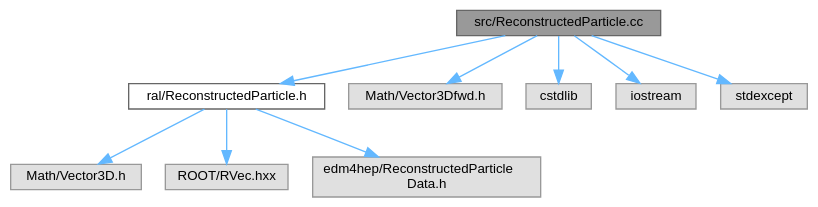
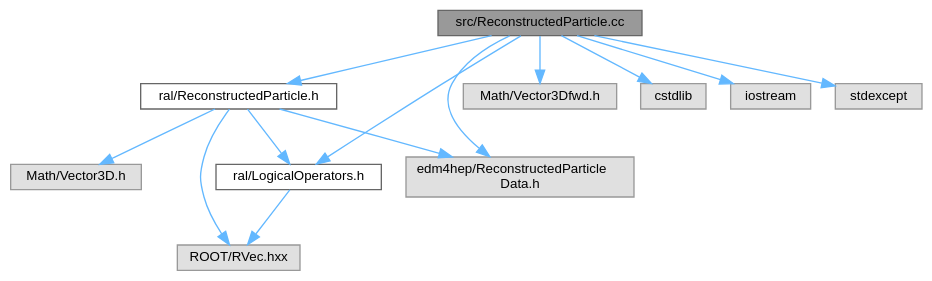
One commit to HEP-FCC/ral changed the diagram in docs/ReconstructedParticle_8cc__incl.dot. Above: the diagram before and after it, drawn with Graphviz. The commit also changed 46 other files, not shown here.

```diff
--- a/docs/ReconstructedParticle_8cc__incl.dot
+++ b/docs/ReconstructedParticle_8cc__incl.dot
@@ -1,24 +1,29 @@
 digraph "src/ReconstructedParticle.cc"
 {
  // LATEX_PDF_SIZE
   bgcolor="transparent";
   edge [fontname=Helvetica,fontsize=10,labelfontname=Helvetica,labelfontsize=10];
   node [fontname=Helvetica,fontsize=10,shape=box,height=0.2,width=0.4];
   Node1 [id="Node000001",label="src/ReconstructedParticle.cc",height=0.2,width=0.4,color="gray40", fillcolor="grey60", style="filled", fontcolor="black",tooltip=" "];
   Node1 -> Node2 [id="edge1_Node000001_Node000002",color="steelblue1",style="solid",tooltip=" "];
   Node2 [id="Node000002",label="ral/ReconstructedParticle.h",height=0.2,width=0.4,color="grey40", fillcolor="white", style="filled",URL="$ReconstructedParticle_8h.html",tooltip=" "];
   Node2 -> Node3 [id="edge2_Node000002_Node000003",color="steelblue1",style="solid",tooltip=" "];
   Node3 [id="Node000003",label="Math/Vector3D.h",height=0.2,width=0.4,color="grey60", fillcolor="#E0E0E0", style="filled",tooltip=" "];
   Node2 -> Node4 [id="edge3_Node000002_Node000004",color="steelblue1",style="solid",tooltip=" "];
   Node4 [id="Node000004",label="ROOT/RVec.hxx",height=0.2,width=0.4,color="grey60", fillcolor="#E0E0E0", style="filled",tooltip=" "];
   Node2 -> Node5 [id="edge4_Node000002_Node000005",color="steelblue1",style="solid",tooltip=" "];
   Node5 [id="Node000005",label="edm4hep/ReconstructedParticle\lData.h",height=0.2,width=0.4,color="grey60", fillcolor="#E0E0E0", style="filled",tooltip=" "];
-  Node1 -> Node6 [id="edge5_Node000001_Node000006",color="steelblue1",style="solid",tooltip=" "];
-  Node6 [id="Node000006",label="Math/Vector3Dfwd.h",height=0.2,width=0.4,color="grey60", fillcolor="#E0E0E0", style="filled",tooltip=" "];
-  Node1 -> Node7 [id="edge6_Node000001_Node000007",color="steelblue1",style="solid",tooltip=" "];
-  Node7 [id="Node000007",label="cstdlib",height=0.2,width=0.4,color="grey60", fillcolor="#E0E0E0", style="filled",tooltip=" "];
-  Node1 -> Node8 [id="edge7_Node000001_Node000008",color="steelblue1",style="solid",tooltip=" "];
-  Node8 [id="Node000008",label="iostream",height=0.2,width=0.4,color="grey60", fillcolor="#E0E0E0", style="filled",tooltip=" "];
-  Node1 -> Node9 [id="edge8_Node000001_Node000009",color="steelblue1",style="solid",tooltip=" "];
-  Node9 [id="Node000009",label="stdexcept",height=0.2,width=0.4,color="grey60", fillcolor="#E0E0E0", style="filled",tooltip=" "];
+  Node2 -> Node6 [id="edge5_Node000002_Node000006",color="steelblue1",style="solid",tooltip=" "];
+  Node6 [id="Node000006",label="ral/LogicalOperators.h",height=0.2,width=0.4,color="grey40", fillcolor="white", style="filled",URL="$LogicalOperators_8h.html",tooltip=" "];
+  Node6 -> Node4 [id="edge6_Node000006_Node000004",color="steelblue1",style="solid",tooltip=" "];
+  Node1 -> Node6 [id="edge7_Node000001_Node000006",color="steelblue1",style="solid",tooltip=" "];
+  Node1 -> Node7 [id="edge8_Node000001_Node000007",color="steelblue1",style="solid",tooltip=" "];
+  Node7 [id="Node000007",label="Math/Vector3Dfwd.h",height=0.2,width=0.4,color="grey60", fillcolor="#E0E0E0", style="filled",tooltip=" "];
+  Node1 -> Node8 [id="edge9_Node000001_Node000008",color="steelblue1",style="solid",tooltip=" "];
+  Node8 [id="Node000008",label="cstdlib",height=0.2,width=0.4,color="grey60", fillcolor="#E0E0E0", style="filled",tooltip=" "];
+  Node1 -> Node5 [id="edge10_Node000001_Node000005",color="steelblue1",style="solid",tooltip=" "];
+  Node1 -> Node9 [id="edge11_Node000001_Node000009",color="steelblue1",style="solid",tooltip=" "];
+  Node9 [id="Node000009",label="iostream",height=0.2,width=0.4,color="grey60", fillcolor="#E0E0E0", style="filled",tooltip=" "];
+  Node1 -> Node10 [id="edge12_Node000001_Node000010",color="steelblue1",style="solid",tooltip=" "];
+  Node10 [id="Node000010",label="stdexcept",height=0.2,width=0.4,color="grey60", fillcolor="#E0E0E0", style="filled",tooltip=" "];
 }
```
